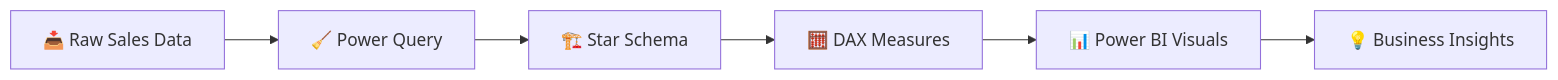
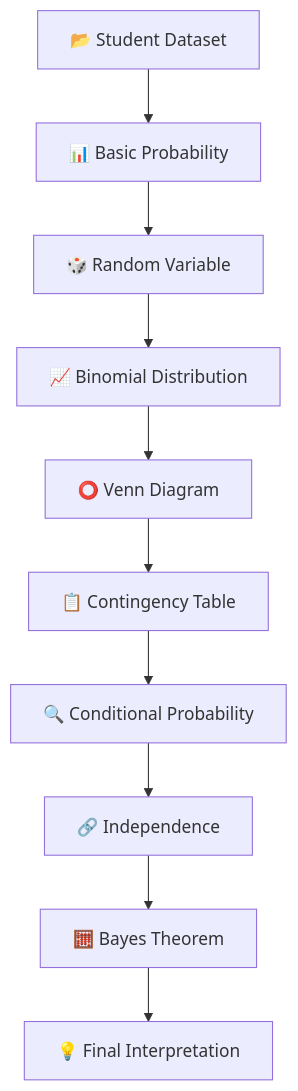
The diagram in README.md (PrinceV68/Mathematics-Advanced-Statistics), drawn with Mermaid before and after one commit. The commit also changed other lines of this file, not shown here.

````diff
--- a/README.md
+++ b/README.md
@@ -497,8 +466,12 @@
 ```mermaid
-flowchart LR
-    A["📥 Raw Sales Data"] --> B["🧹 Power Query"]
-    B --> C["🏗️ Star Schema"]
-    C --> D["🧮 DAX Measures"]
-    D --> E["📊 Power BI Visuals"]
-    E --> F["💡 Business Insights"]
+flowchart TD
+    A["📂 Student Dataset"] --> B["📊 Basic Probability"]
+    B --> C["🎲 Random Variable"]
+    C --> D["📈 Binomial Distribution"]
+    D --> E["⭕ Venn Diagram"]
+    E --> F["📋 Contingency Table"]
+    F --> G["🔍 Conditional Probability"]
+    G --> H["🔗 Independence"]
+    H --> I["🧮 Bayes Theorem"]
+    I --> J["💡 Final Interpretation"]
 ```
````
